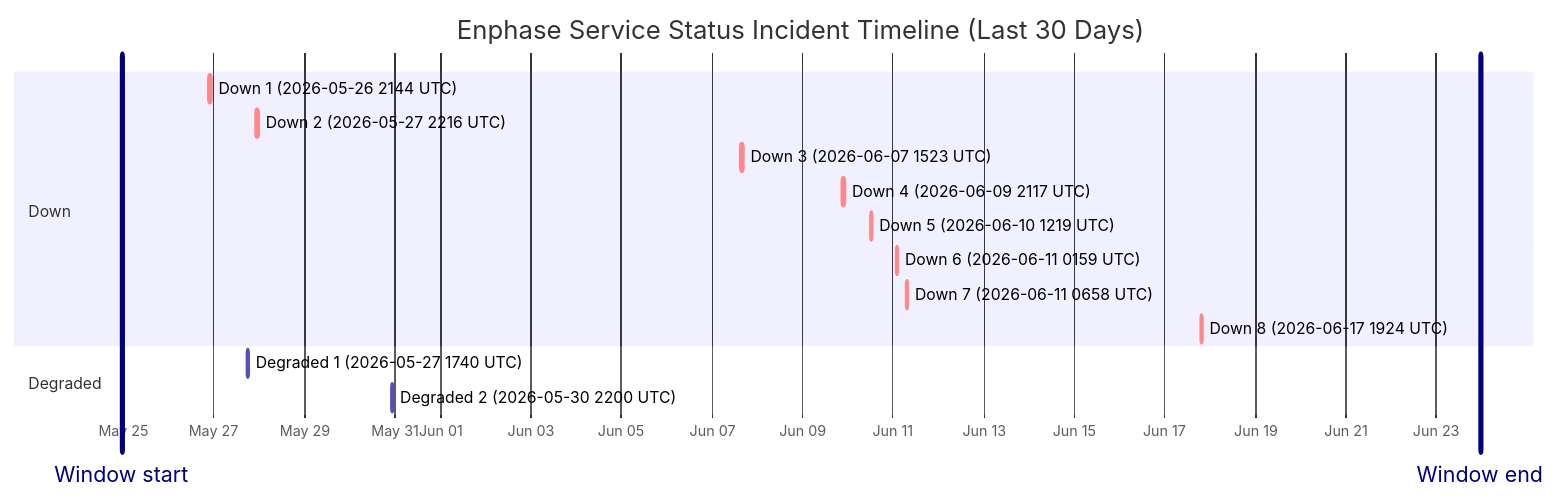
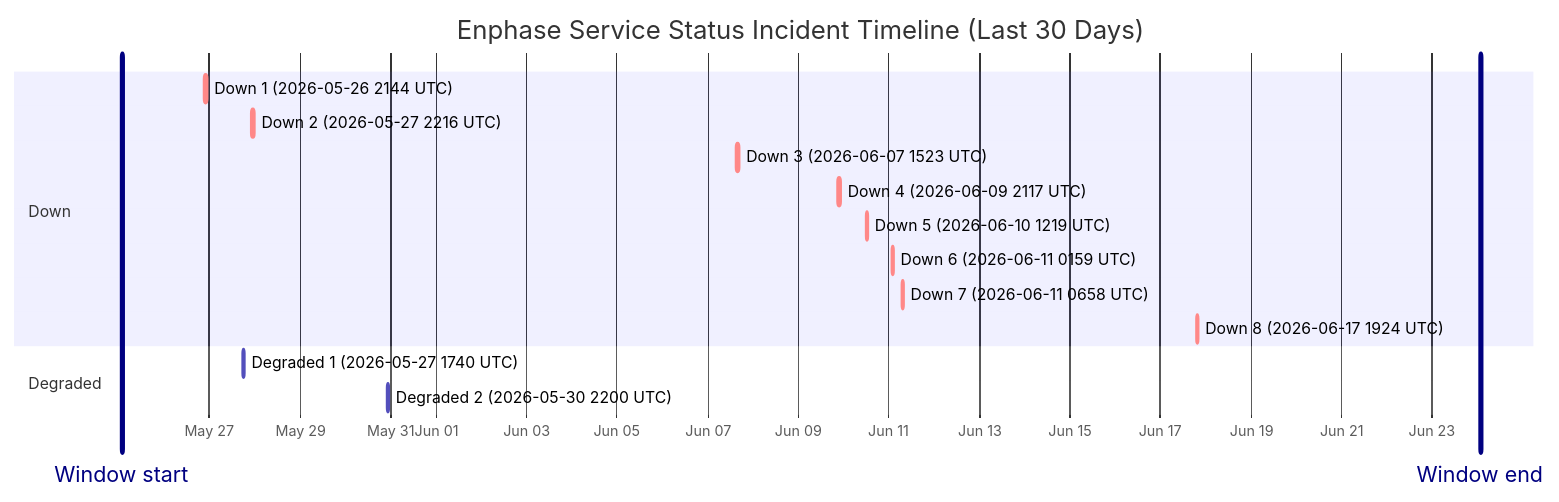
Before and after one commit to barneyonline/ha-enphase-energy: the diagram in wiki/Service-Status-History.md, drawn with Mermaid. The commit also changed other lines of this file and 3 other files, not shown here.

````diff
--- a/wiki/Service-Status-History.md
+++ b/wiki/Service-Status-History.md
@@ -14,20 +14,20 @@
 ```mermaid
 gantt
     title Enphase Service Status Incident Timeline (Last 30 Days)
     dateFormat  YYYY-MM-DDTHH:mm:ss
     axisFormat  %b %d
-    Window start :vert, window-start, 2026-05-24T23:08:35, 0ms
-    Window end :vert, window-end, 2026-06-23T23:08:35, 0ms
+    Window start :vert, window-start, 2026-05-25T01:24:45, 0ms
+    Window end :vert, window-end, 2026-06-24T01:24:45, 0ms
     section Down
     Down 1 (2026-05-26 2144 UTC) :crit, down-1, 2026-05-26T21:44:11, 85m
     Down 2 (2026-05-27 2216 UTC) :crit, down-2, 2026-05-27T22:16:53, 87m
     Down 3 (2026-06-07 1523 UTC) :crit, down-3, 2026-06-07T15:23:22, 87m
     Down 4 (2026-06-09 2117 UTC) :crit, down-4, 2026-06-09T21:17:17, 60m
     Down 5 (2026-06-10 1219 UTC) :crit, down-5, 2026-06-10T12:19:21, 60m
     Down 6 (2026-06-11 0159 UTC) :crit, down-6, 2026-06-11T01:59:36, 60m
     Down 7 (2026-06-11 0658 UTC) :crit, down-7, 2026-06-11T06:58:45, 60m
     Down 8 (2026-06-17 1924 UTC) :crit, down-8, 2026-06-17T19:24:51, 60m
     section Degraded
     Degraded 1 (2026-05-27 1740 UTC) :active, degraded-1, 2026-05-27T17:40:52, 60m
     Degraded 2 (2026-05-30 2200 UTC) :active, degraded-2, 2026-05-30T22:00:37, 60m
 ```
````
